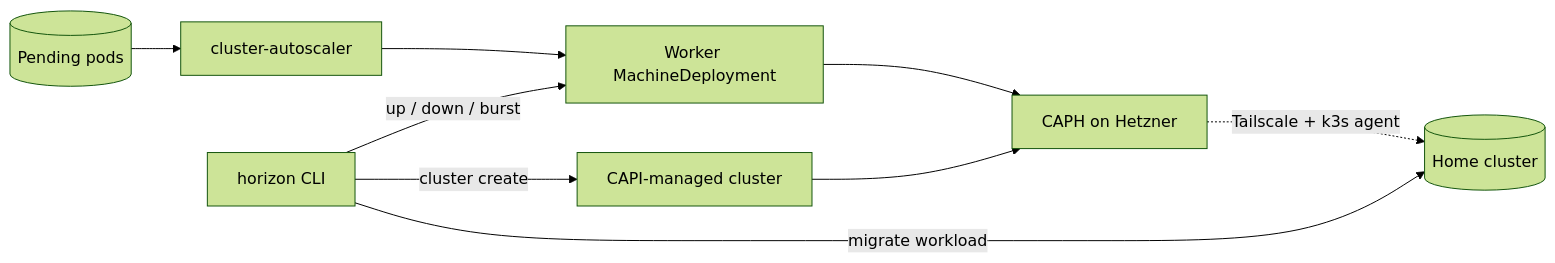
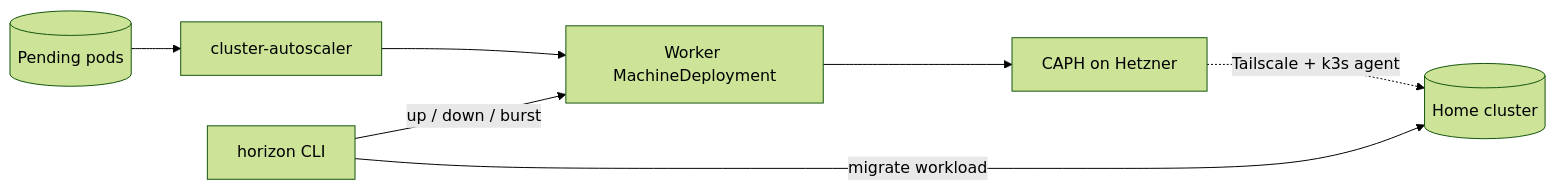
The diagram in README.md (lucawalz/horizon), drawn with Mermaid (forest theme) before and after one commit. The commit also changed other lines of this file and 1 other file, not shown here.

Commit message:
docs: reframe horizon as on-demand node scaler

````diff
--- a/README.md
+++ b/README.md
@@ -35,11 +34,9 @@
 ```mermaid
 flowchart LR
   pods[(Pending pods)] --> autoscaler[cluster-autoscaler]
   autoscaler --> md[Worker MachineDeployment]
   horizon[horizon CLI] -->|up / down / burst| md
-  horizon -->|cluster create| capi[CAPI-managed cluster]
   md --> caph[CAPH on Hetzner]
-  capi --> caph
   caph -. Tailscale + k3s agent .-> cluster[(Home cluster)]
   horizon -->|migrate workload| cluster
 ```
````
